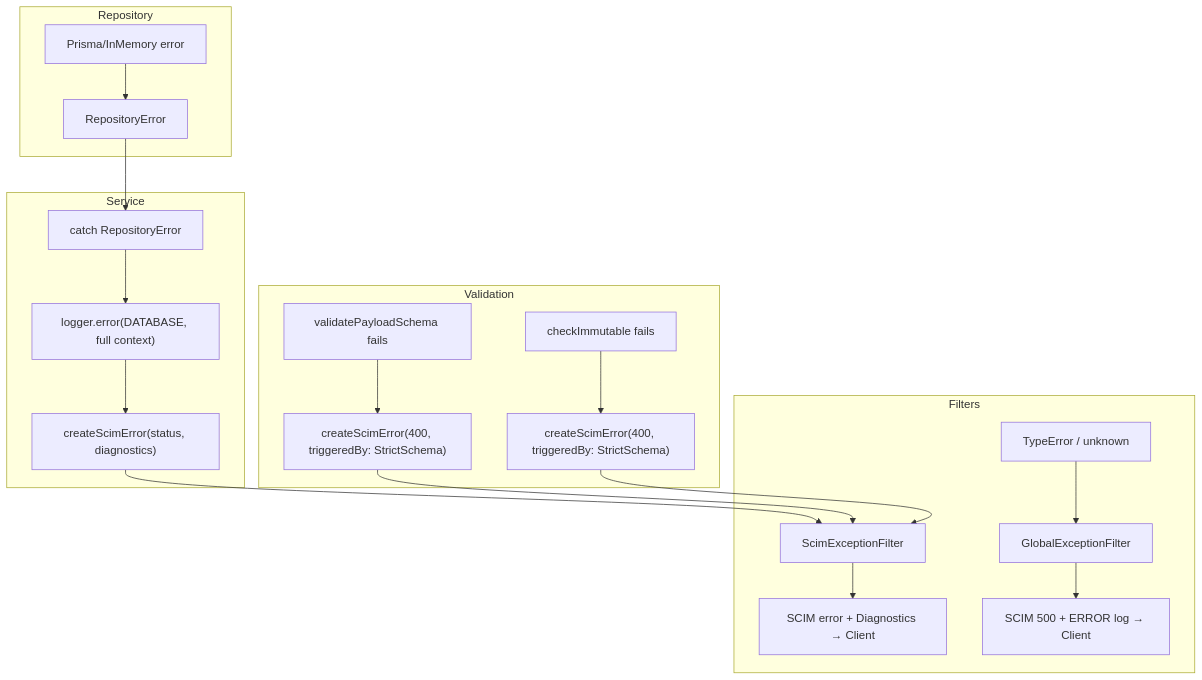
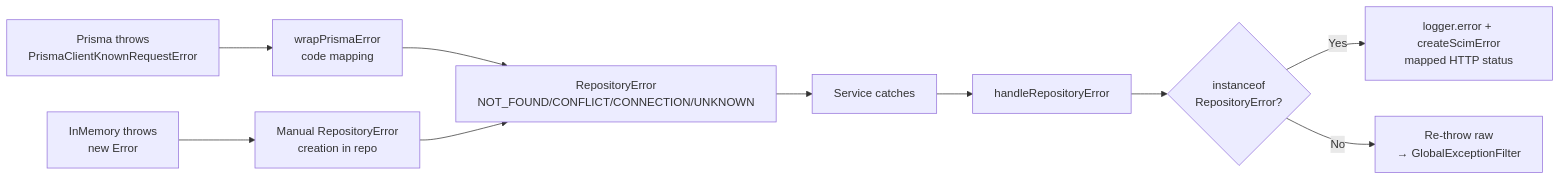
One commit to pranems/SCIMServer changed the seventh of 8 diagrams in docs/LOGGING_ERROR_HANDLING_IDEAL_DESIGN.md. Above: the diagram before and after it, drawn with Mermaid. The commit also changed other lines of this file and 7 other files, not shown here.

````diff
--- a/docs/LOGGING_ERROR_HANDLING_IDEAL_DESIGN.md
+++ b/docs/LOGGING_ERROR_HANDLING_IDEAL_DESIGN.md
@@ -989,23 +640,14 @@
 ```mermaid
-flowchart TD
-    subgraph Repository
-        R1[Prisma/InMemory error] --> R2[RepositoryError]
-    end
-    subgraph Service
-        R2 --> S1[catch RepositoryError]
-        S1 --> S2["logger.error(DATABASE, full context)"]
-        S2 --> S3["createScimError(status, diagnostics)"]
-    end
-    subgraph Validation
-        V1[validatePayloadSchema fails] --> V2["createScimError(400, triggeredBy: StrictSchema)"]
-        V3[checkImmutable fails] --> V4["createScimError(400, triggeredBy: StrictSchema)"]
-    end
-    subgraph Filters
-        S3 --> F1[ScimExceptionFilter]
-        V2 --> F1
-        V4 --> F1
-        F1 --> F2["SCIM error + Diagnostics → Client"]
-        X1[TypeError / unknown] --> F3[GlobalExceptionFilter]
-        F3 --> F4["SCIM 500 + ERROR log → Client"]
-    end
+flowchart LR
+    A[Prisma throws<br/>PrismaClientKnownRequestError] --> B[wrapPrismaError<br/>code mapping]
+    B --> C[RepositoryError<br/>NOT_FOUND/CONFLICT/CONNECTION/UNKNOWN]
+
+    D[InMemory throws<br/>new Error] --> E[Manual RepositoryError<br/>creation in repo]
+    E --> C
+
+    C --> F[Service catches]
+    F --> G[handleRepositoryError]
+    G --> H{instanceof<br/>RepositoryError?}
+    H -->|Yes| I[logger.error + createScimError<br/>mapped HTTP status]
+    H -->|No| J[Re-throw raw<br/>→ GlobalExceptionFilter]
 ```
````
